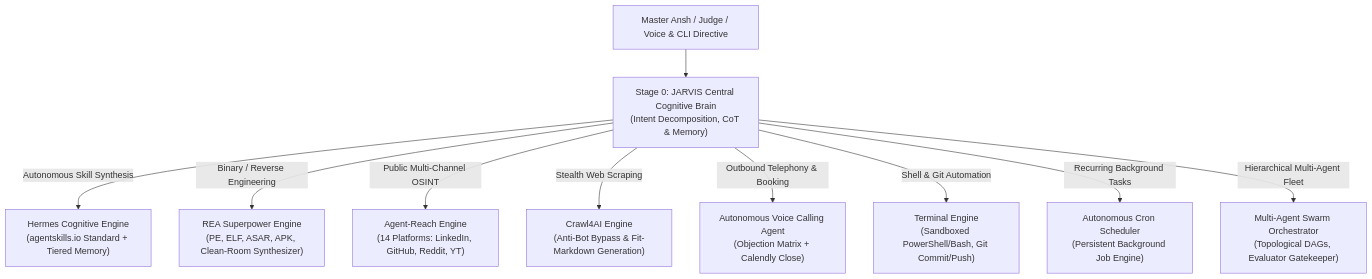
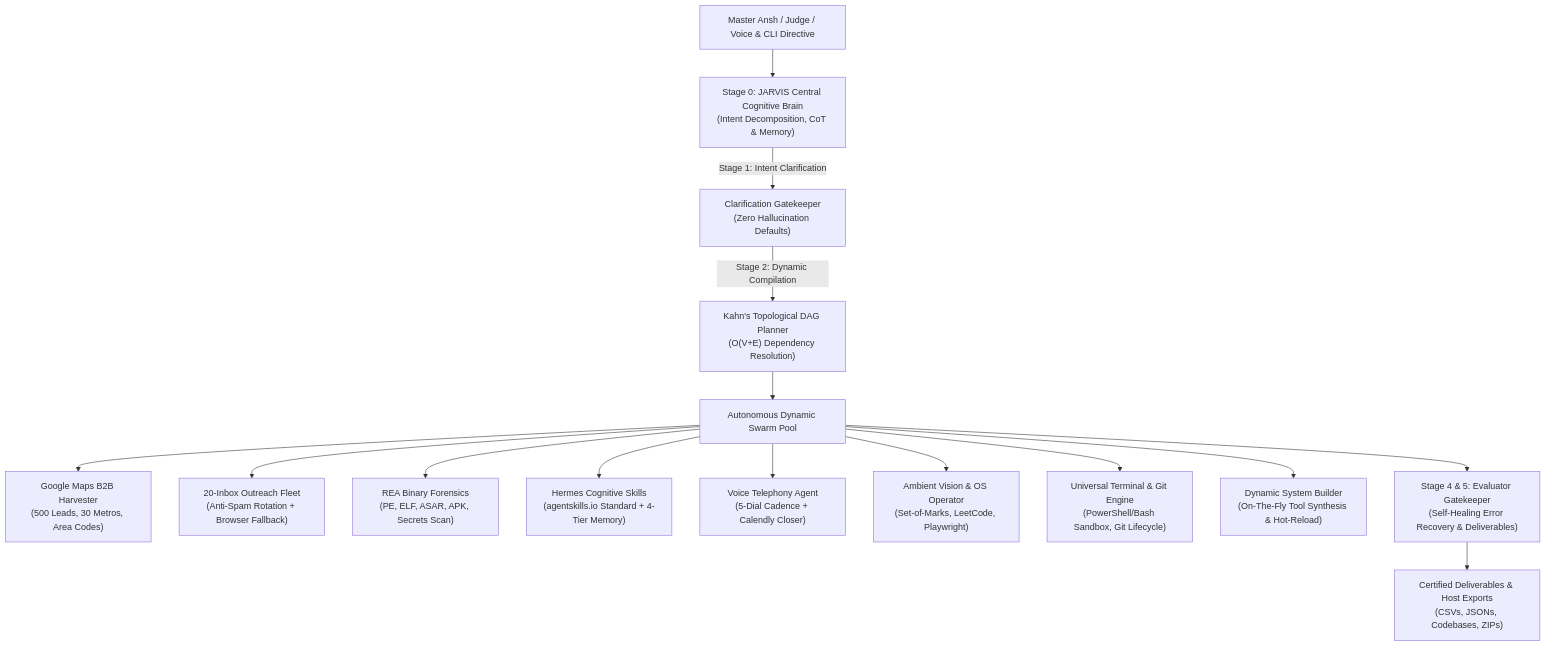
The second of 2 diagrams in README.md (ansh1325/ORCHESTRATOR), drawn with Mermaid before and after one commit. The commit also changed other lines of this file and 8 other files, not shown here.

Commit message:
docs: elevate README to hackathon championship standard and add fallback frontend banner

````diff
--- a/README.md
+++ b/README.md
@@ -84,13 +120,20 @@
 ```mermaid
 flowchart TD
     User["Master Ansh / Judge / Voice & CLI Directive"] --> CentralBrain["Stage 0: JARVIS Central Cognitive Brain<br/>(Intent Decomposition, CoT & Memory)"]
     
-    CentralBrain -->|"Autonomous Skill Synthesis"| Hermes["Hermes Cognitive Engine<br/>(agentskills.io Standard + Tiered Memory)"]
-    CentralBrain -->|"Binary / Reverse Engineering"| REA["REA Superpower Engine<br/>(PE, ELF, ASAR, APK, Clean-Room Synthesizer)"]
-    CentralBrain -->|"Public Multi-Channel OSINT"| Reach["Agent-Reach Engine<br/>(14 Platforms: LinkedIn, GitHub, Reddit, YT)"]
-    CentralBrain -->|"Stealth Web Scraping"| Crawl4AI["Crawl4AI Engine<br/>(Anti-Bot Bypass & Fit-Markdown Generation)"]
-    CentralBrain -->|"Outbound Telephony & Booking"| Voice["Autonomous Voice Calling Agent<br/>(Objection Matrix + Calendly Close)"]
-    CentralBrain -->|"Shell & Git Automation"| Terminal["Terminal Engine<br/>(Sandboxed PowerShell/Bash, Git Commit/Push)"]
-    CentralBrain -->|"Recurring Background Tasks"| Scheduler["Autonomous Cron Scheduler<br/>(Persistent Background Job Engine)"]
-    CentralBrain -->|"Hierarchical Multi-Agent Fleet"| Fleet["Multi-Agent Swarm Orchestrator<br/>(Topological DAGs, Evaluator Gatekeeper)"]
+    CentralBrain -->|"Stage 1: Intent Clarification"| Gate["Clarification Gatekeeper<br/>(Zero Hallucination Defaults)"]
+    Gate -->|"Stage 2: Dynamic Compilation"| Planner["Kahn's Topological DAG Planner<br/>(O(V+E) Dependency Resolution)"]
+    
+    Planner --> SwarmPool["Autonomous Dynamic Swarm Pool"]
+    SwarmPool --> Harvester["Google Maps B2B Harvester<br/>(500 Leads, 30 Metros, Area Codes)"]
+    SwarmPool --> OutreachFleet["20-Inbox Outreach Fleet<br/>(Anti-Spam Rotation + Browser Fallback)"]
+    SwarmPool --> REA["REA Binary Forensics<br/>(PE, ELF, ASAR, APK, Secrets Scan)"]
+    SwarmPool --> Hermes["Hermes Cognitive Skills<br/>(agentskills.io Standard + 4-Tier Memory)"]
+    SwarmPool --> Voice["Voice Telephony Agent<br/>(5-Dial Cadence + Calendly Closer)"]
+    SwarmPool --> Vision["Ambient Vision & OS Operator<br/>(Set-of-Marks, LeetCode, Playwright)"]
+    SwarmPool --> Terminal["Universal Terminal & Git Engine<br/>(PowerShell/Bash Sandbox, Git Lifecycle)"]
+    SwarmPool --> Builder["Dynamic System Builder<br/>(On-The-Fly Tool Synthesis & Hot-Reload)"]
+    
+    SwarmPool --> Evaluator["Stage 4 & 5: Evaluator Gatekeeper<br/>(Self-Healing Error Recovery & Deliverables)"]
+    Evaluator --> Deliverables["Certified Deliverables & Host Exports<br/>(CSVs, JSONs, Codebases, ZIPs)"]
 ```
````
